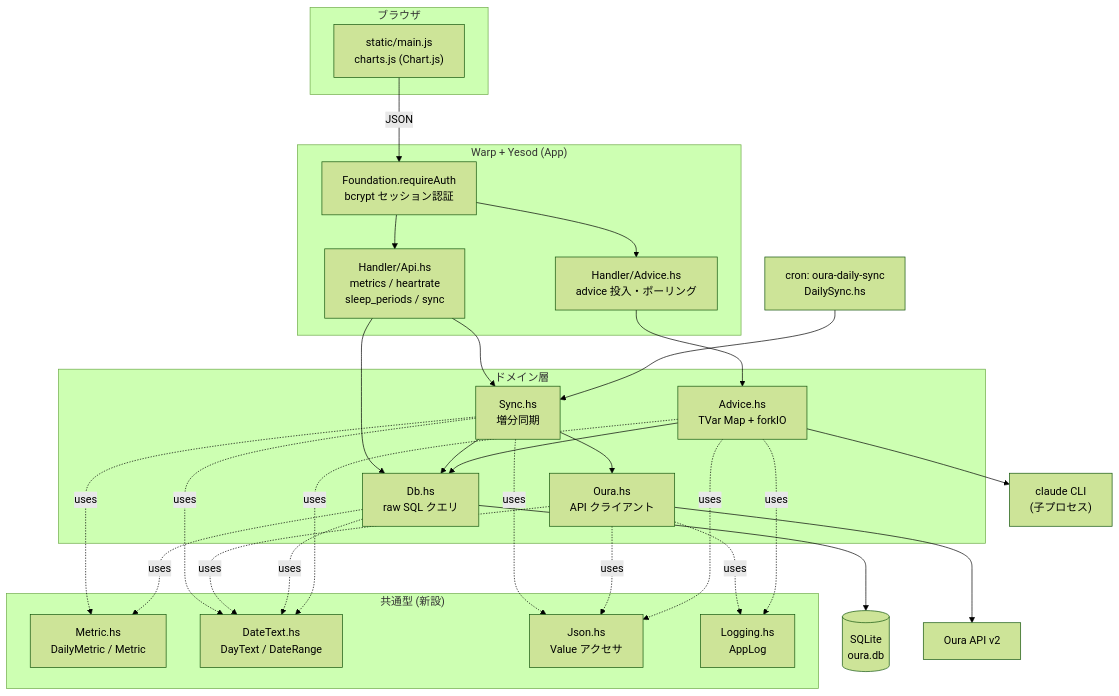
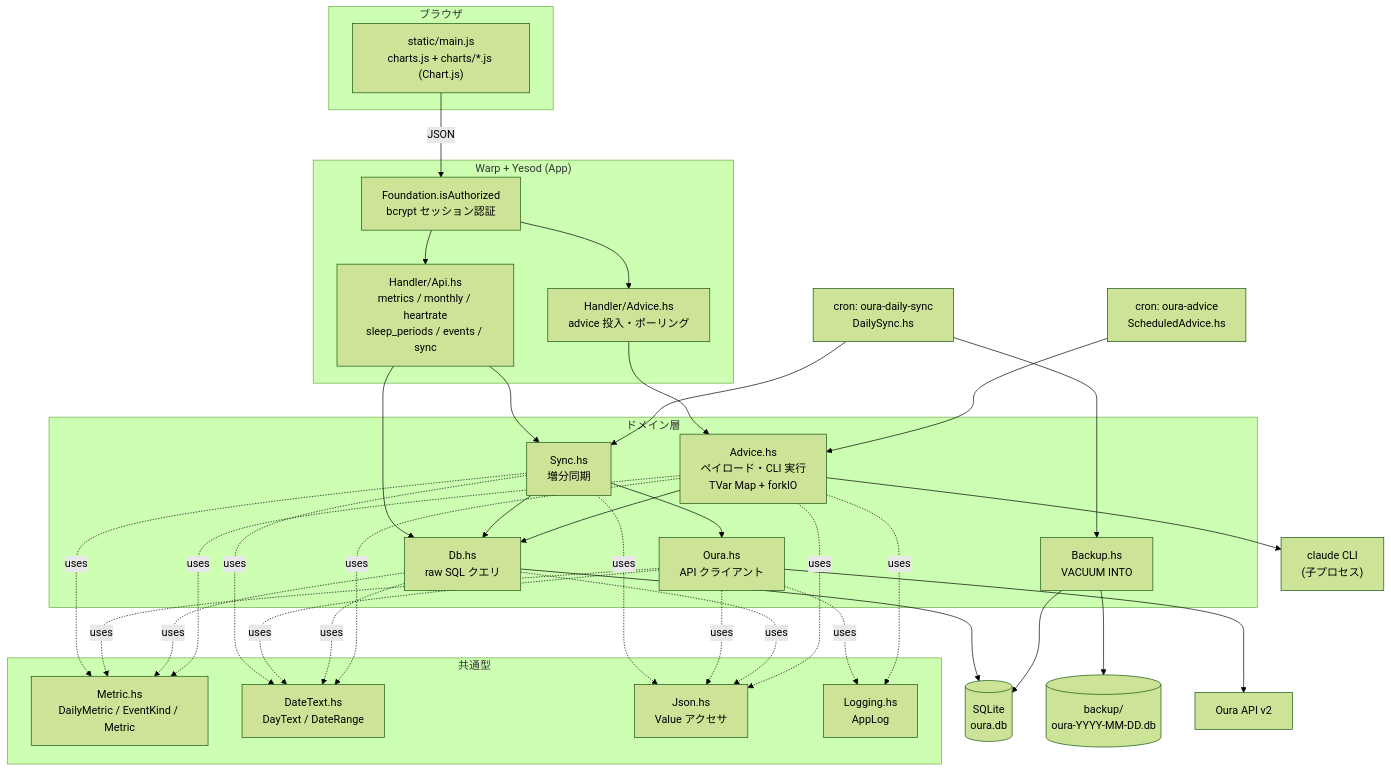
Before and after one commit to ikuya/oura-dashboard-hs: the first of 4 diagrams in docs/code-overview.md, drawn with Mermaid (forest theme). The commit also changed other lines of this file, not shown here.

First line of the commit message:
Bring the code overview up to date

````diff
--- a/docs/code-overview.md
+++ b/docs/code-overview.md
@@ -75,44 +91,50 @@
 ```mermaid
 flowchart TB
     subgraph Client["ブラウザ"]
-        JS["static/main.js<br/>charts.js (Chart.js)"]
+        JS["static/main.js<br/>charts.js + charts/*.js (Chart.js)"]
     end
 
     subgraph Server["Warp + Yesod (App)"]
-        Auth["Foundation.requireAuth<br/>bcrypt セッション認証"]
-        HApi["Handler/Api.hs<br/>metrics / heartrate<br/>sleep_periods / sync"]
+        Auth["Foundation.isAuthorized<br/>bcrypt セッション認証"]
+        HApi["Handler/Api.hs<br/>metrics / monthly / heartrate<br/>sleep_periods / events / sync"]
         HAdv["Handler/Advice.hs<br/>advice 投入・ポーリング"]
     end
 
     subgraph Core["ドメイン層"]
         Sync["Sync.hs<br/>増分同期"]
         Db["Db.hs<br/>raw SQL クエリ"]
-        Adv["Advice.hs<br/>TVar Map + forkIO"]
+        Adv["Advice.hs<br/>ペイロード・CLI 実行<br/>TVar Map + forkIO"]
         Oura["Oura.hs<br/>API クライアント"]
+        Bak["Backup.hs<br/>VACUUM INTO"]
     end
 
-    subgraph Types["共通型 (新設)"]
-        Metric["Metric.hs<br/>DailyMetric / Metric"]
+    subgraph Types["共通型"]
+        Metric["Metric.hs<br/>DailyMetric / EventKind / Metric"]
         DateT["DateText.hs<br/>DayText / DateRange"]
         Json["Json.hs<br/>Value アクセサ"]
         Log["Logging.hs<br/>AppLog"]
     end
 
     DB[("SQLite<br/>oura.db")]
+    BakDir[("backup/<br/>oura-YYYY-MM-DD.db")]
     API["Oura API v2"]
     CLI["claude CLI<br/>(子プロセス)"]
     Cron["cron: oura-daily-sync<br/>DailySync.hs"]
+    CronAdv["cron: oura-advice<br/>ScheduledAdvice.hs"]
 
     JS -->|JSON| Auth --> HApi & HAdv
     HApi --> Sync & Db
     HAdv --> Adv
     Sync --> Oura --> API
     Sync --> Db --> DB
     Adv --> Db
     Adv --> CLI
     Cron --> Sync
+    Cron --> Bak --> BakDir
+    Bak --> DB
+    CronAdv --> Adv
     Sync -.uses.-> Metric & DateT & Json
-    Oura -.uses.-> DateT & Json & Log
-    Db -.uses.-> Metric & DateT
-    Adv -.uses.-> DateT & Json & Log
+    Oura -.uses.-> Metric & DateT & Json & Log
+    Db -.uses.-> Metric & DateT & Json
+    Adv -.uses.-> Metric & DateT & Json & Log
 ```
````
